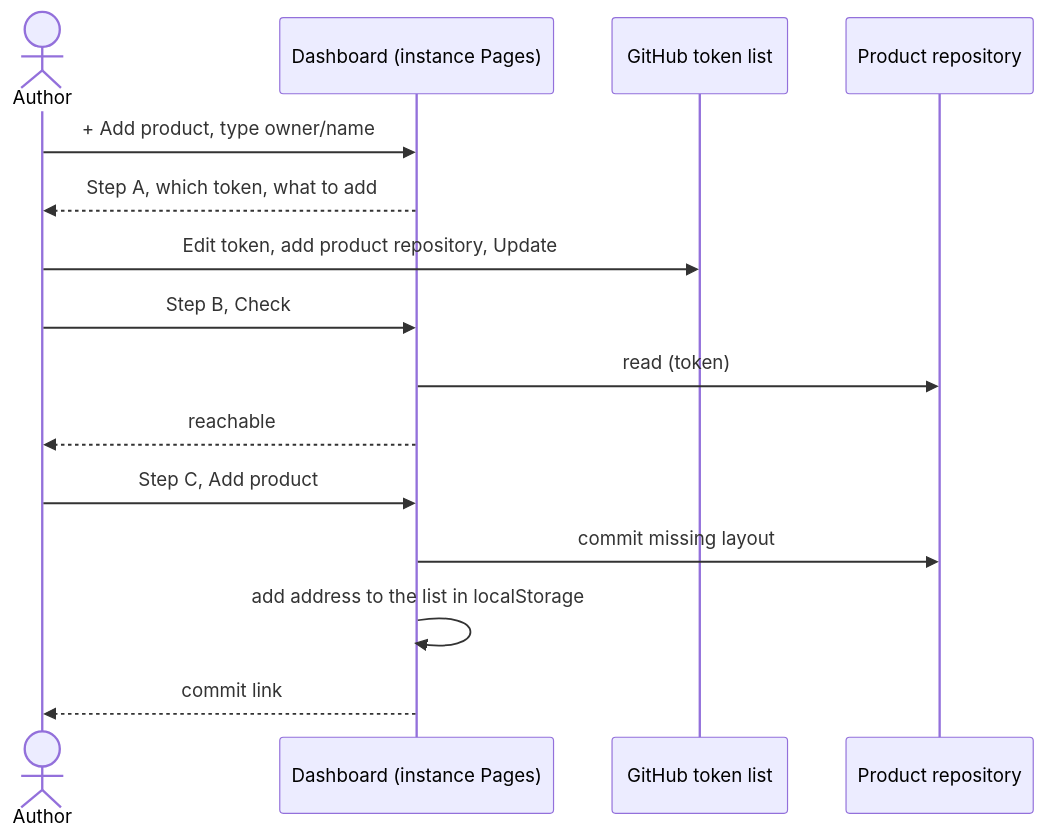
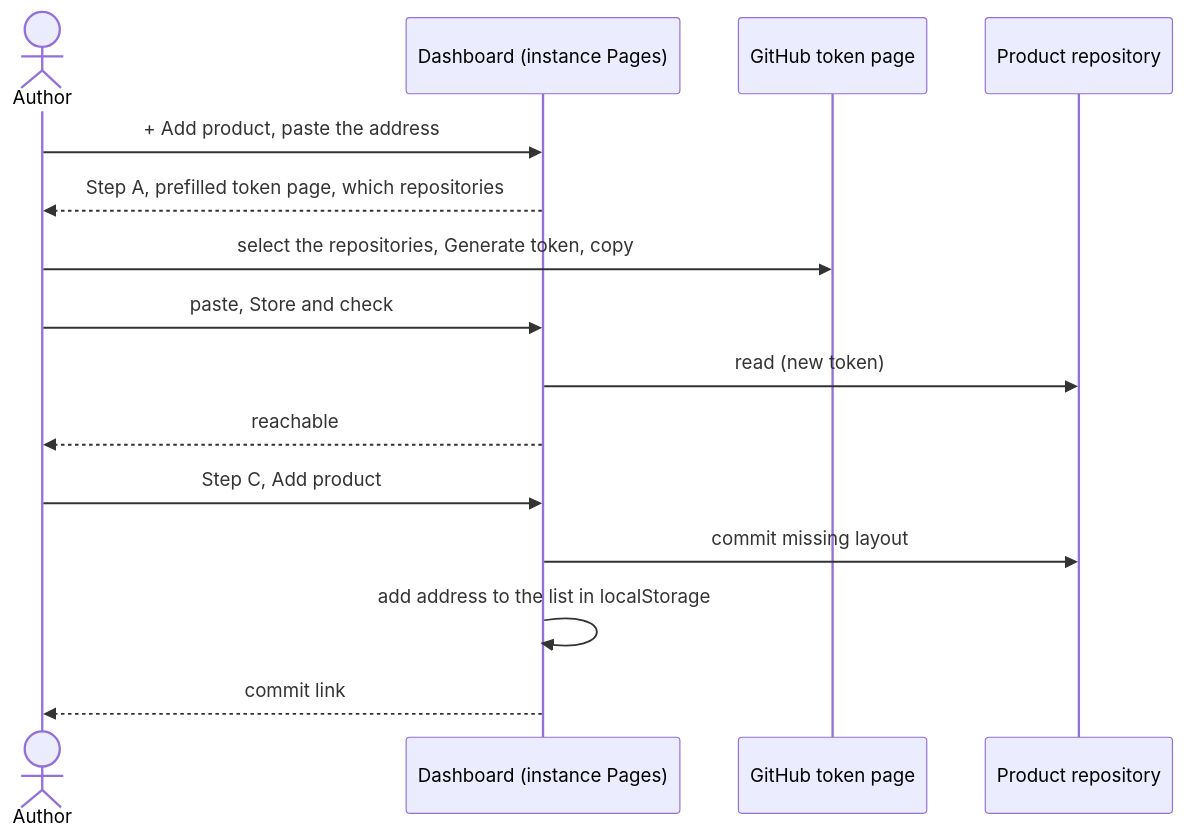
One commit to akmaier/agent-m changed the diagram in docs/use-cases/UC-001-add-a-managed-product.md. Above: the diagram before and after it, drawn with Mermaid. The commit also changed other lines of this file, not shown here.

````diff
--- a/docs/use-cases/UC-001-add-a-managed-product.md
+++ b/docs/use-cases/UC-001-add-a-managed-product.md
@@ -80,17 +85,17 @@
 ```mermaid
 sequenceDiagram
     actor A as Author
     participant D as Dashboard (instance Pages)
-    participant G as GitHub token list
+    participant G as GitHub token page
     participant P as Product repository
-    A->>D: + Add product, type owner/name
-    D-->>A: Step A, which token, what to add
-    A->>G: Edit token, add product repository, Update
-    A->>D: Step B, Check
-    D->>P: read (token)
+    A->>D: + Add product, paste the address
+    D-->>A: Step A, prefilled token page, which repositories
+    A->>G: select the repositories, Generate token, copy
+    A->>D: paste, Store and check
+    D->>P: read (new token)
     D-->>A: reachable
     A->>D: Step C, Add product
     D->>P: commit missing layout
     D->>D: add address to the list in localStorage
     D-->>A: commit link
 ```
````
